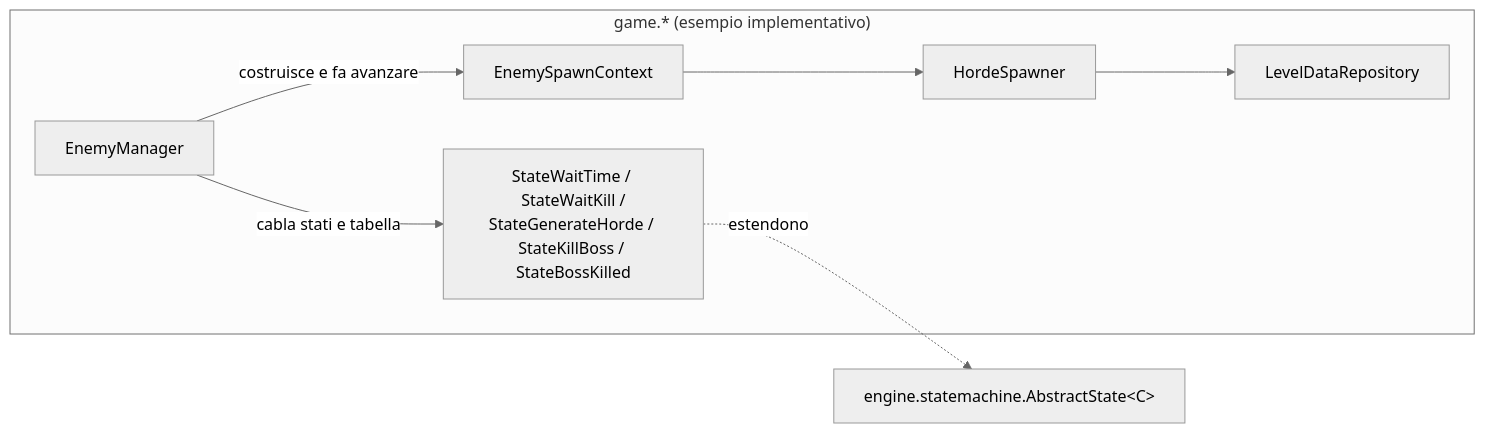
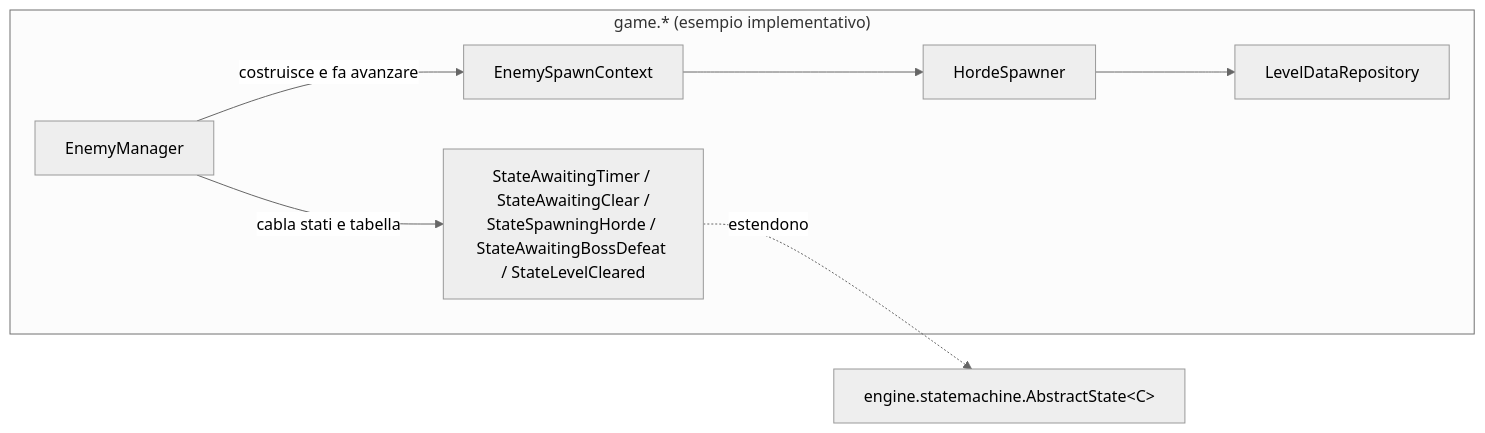
One commit to alesky78/TigerSupply changed the third of 7 diagrams in documentation/subsystems/enemy-spawn-lifecycle/index.md. Above: the diagram before and after it, drawn with Mermaid (neutral theme). The commit also changed other lines of this file and 17 other files, not shown here.

````diff
--- a/documentation/subsystems/enemy-spawn-lifecycle/index.md
+++ b/documentation/subsystems/enemy-spawn-lifecycle/index.md
@@ -171,10 +171,10 @@
 ```mermaid
 flowchart LR
     subgraph GAME ["game.* (esempio implementativo)"]
         EM["EnemyManager"] -->|costruisce e fa avanzare| CTX["EnemySpawnContext"]
-        EM -->|cabla stati e tabella| STATES["StateWaitTime / StateWaitKill /<br/>StateGenerateHorde / StateKillBoss / StateBossKilled"]
+        EM -->|cabla stati e tabella| STATES["StateAwaitingTimer / StateAwaitingClear /<br/>StateSpawningHorde / StateAwaitingBossDefeat / StateLevelCleared"]
         CTX --> HS["HordeSpawner"]
         HS --> REPO["LevelDataRepository"]
     end
     STATES -. estendono .-> ABS["engine.statemachine.AbstractState&lt;C&gt;"]
 ```
````
